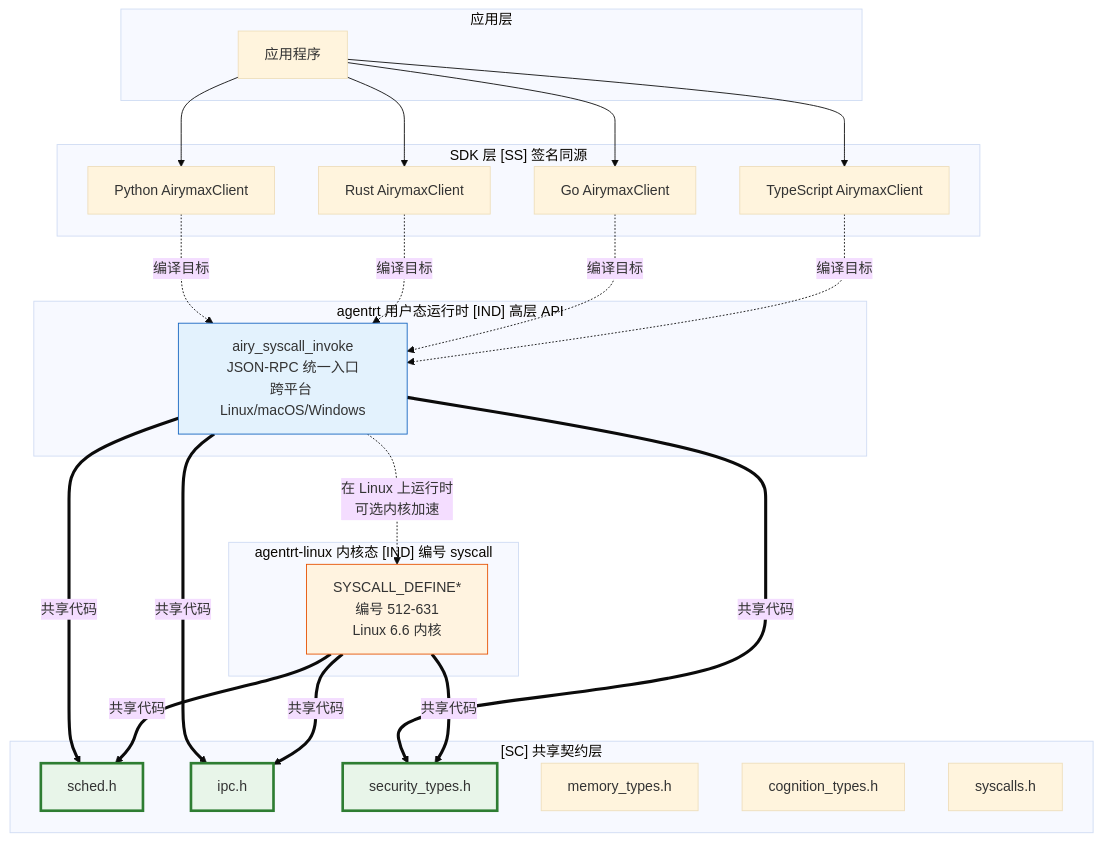
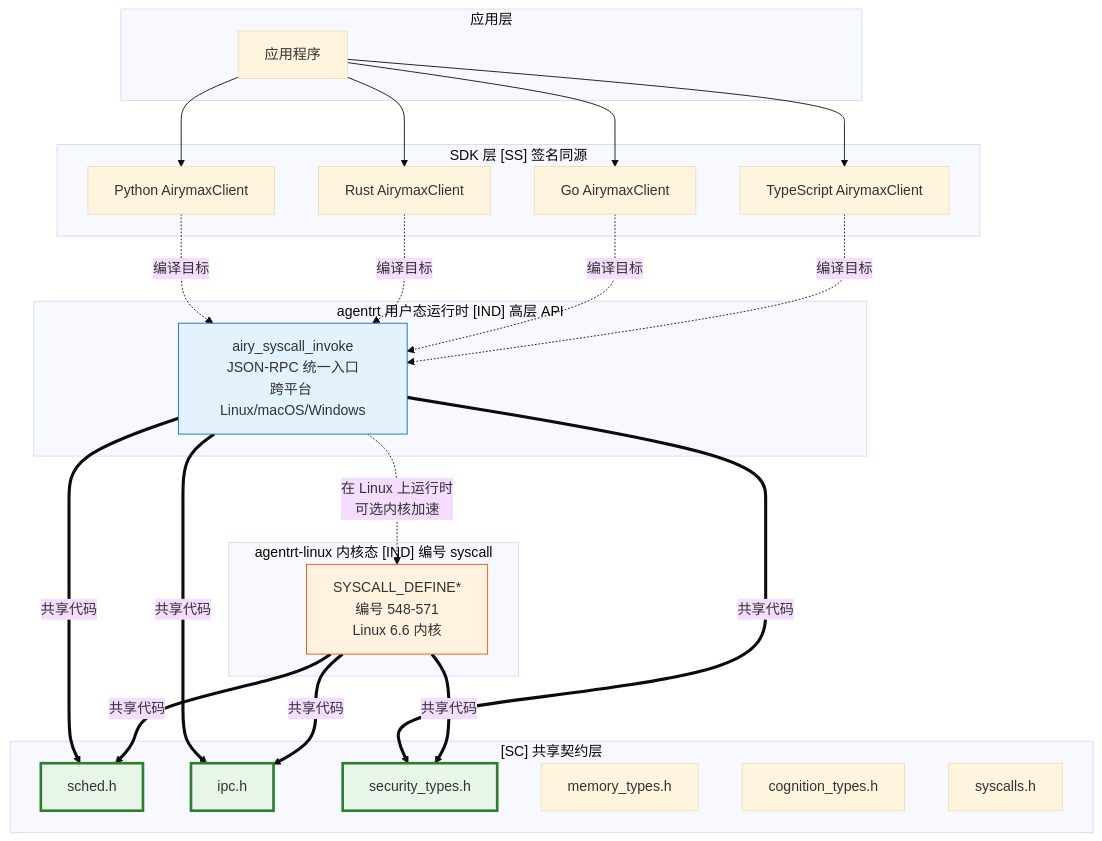
One commit to openairymax/docs-linux changed the first of 2 diagrams in 30-interfaces/05-syscall-semantic-mapping.md. Above: the diagram before and after it, drawn with Mermaid (base theme). The commit also changed other lines of this file and 50 other files, not shown here.

````diff
--- a/30-interfaces/05-syscall-semantic-mapping.md
+++ b/30-interfaces/05-syscall-semantic-mapping.md
@@ -49,52 +49,52 @@
 ```mermaid
 graph TB
     subgraph "应用层"
         APP[应用程序]
     end
 
     subgraph "SDK 层 [SS] 签名同源"
         SDK_PY[Python AirymaxClient]
         SDK_RS[Rust AirymaxClient]
         SDK_GO[Go AirymaxClient]
         SDK_TS[TypeScript AirymaxClient]
     end
 
     subgraph "agentrt 用户态运行时 [IND] 高层 API"
         RT[airy_syscall_invoke<br/>JSON-RPC 统一入口<br/>跨平台 Linux/macOS/Windows]
     end
 
     subgraph "agentrt-linux 内核态 [IND] 编号 syscall"
-        OS[SYSCALL_DEFINE*<br/>编号 512-631<br/>Linux 6.6 内核]
+        OS[SYSCALL_DEFINE*<br/>编号 548-571<br/>Linux 6.6 内核]
     end
 
     subgraph "[SC] 共享契约层"
         SC1[sched.h]
         SC2[ipc.h]
         SC3[security_types.h]
         SC4[memory_types.h]
         SC5[cognition_types.h]
         SC6[syscalls.h]
     end
 
     APP --> SDK_PY
     APP --> SDK_RS
     APP --> SDK_GO
     APP --> SDK_TS
     SDK_PY -.->|"编译目标"| RT
     SDK_RS -.->|"编译目标"| RT
     SDK_GO -.->|"编译目标"| RT
     SDK_TS -.->|"编译目标"| RT
     RT -.->|"在 Linux 上运行时<br/>可选内核加速"| OS
     RT ==>|"共享代码"| SC1
     RT ==>|"共享代码"| SC2
     RT ==>|"共享代码"| SC3
     OS ==>|"共享代码"| SC1
     OS ==>|"共享代码"| SC2
     OS ==>|"共享代码"| SC3
 
     style SC1 fill:#e8f5e9,stroke:#2e7d32,stroke-width:3px
     style SC2 fill:#e8f5e9,stroke:#2e7d32,stroke-width:3px
     style SC3 fill:#e8f5e9,stroke:#2e7d32,stroke-width:3px
     style RT fill:#e3f2fd,stroke:#1565c0
     style OS fill:#fff3e0,stroke:#e65100
 ```
````
